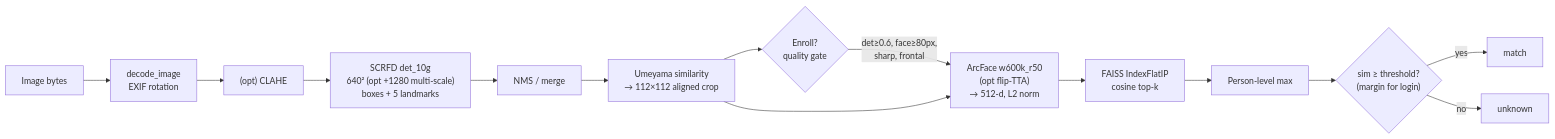
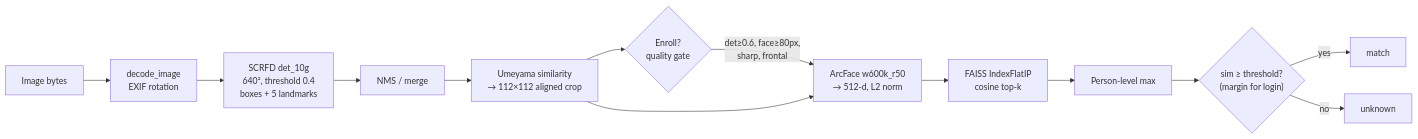
The fourth of 6 diagrams in docs/architecture.md (yashpahade/faceai), drawn with Mermaid before and after one commit. The commit also changed other lines of this file and 10 other files, not shown here.

First line of the commit message:
feat(phase-a): adopt det_threshold 0.4 from measured LFW experiments

````diff
--- a/docs/architecture.md
+++ b/docs/architecture.md
@@ -174,16 +174,15 @@
 ```mermaid
 flowchart LR
     IMG["Image bytes"] --> DEC["decode_image<br/>EXIF rotation"]
-    DEC --> PRE["(opt) CLAHE"]
-    PRE --> DET["SCRFD det_10g<br/>640² (opt +1280 multi-scale)<br/>boxes + 5 landmarks"]
+    DEC --> DET["SCRFD det_10g<br/>640², threshold 0.4<br/>boxes + 5 landmarks"]
     DET --> NMS["NMS / merge"]
     NMS --> ALN["Umeyama similarity<br/>→ 112×112 aligned crop"]
     ALN --> Q{"Enroll?<br/>quality gate"}
     Q -->|"det≥0.6, face≥80px,<br/>sharp, frontal"| EMB
-    ALN --> EMB["ArcFace w600k_r50<br/>(opt flip-TTA)<br/>→ 512-d, L2 norm"]
+    ALN --> EMB["ArcFace w600k_r50<br/>→ 512-d, L2 norm"]
     EMB --> SRCH["FAISS IndexFlatIP<br/>cosine top-k"]
     SRCH --> AGG["Person-level max"]
     AGG --> THR{"sim ≥ threshold?<br/>(margin for login)"}
     THR -->|yes| MATCH["match"]
     THR -->|no| UNK["unknown"]
 ```
````
